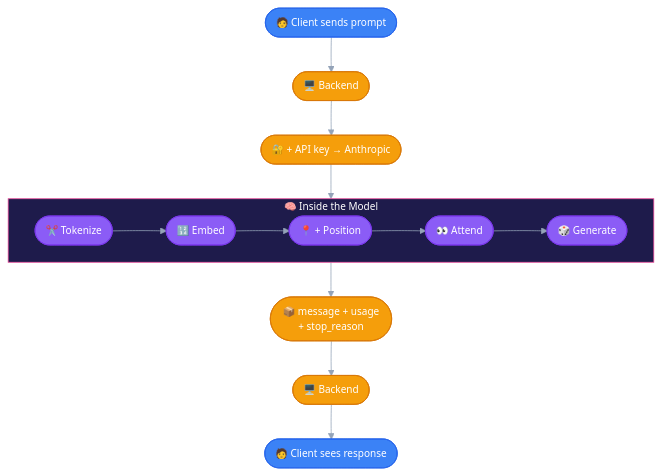
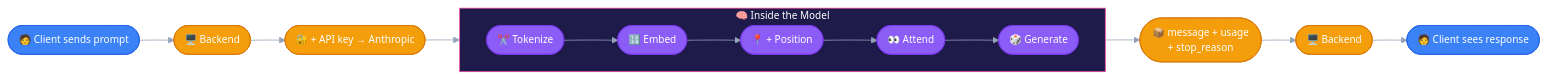
The fifth of 5 diagrams in _02_building_with_claude_api/01_accessing_the_api.md (manthan-joshi-ai/claude-llm), drawn with Mermaid before and after one commit. The commit also changed 1 other file, not shown here.

Commit message:
Repo-wide Mermaid syntax audit: fix a real direction mismatch, normalize labels
Checked all 35 mermaid blocks across 13 markdown files for: literal
triple-backticks breaking the outer fence, unquoted edge labels with
special characters, subgraph/end balance, undefined classDef
references, and outer-vs-inner flowchart direction mismatches.

- 01_accessing_the_api.md: fixed a real risk -- the "Full Relay" diagram
  had an outer TB flow with an edge crossing into/out of a subgraph
  running inner LR (the same class of bug that caused visible
  misalignment in a sibling project). Made the whole diagram
  consistently LR.
- 01_how_claude_code_works.md: normalized two unquoted comma-containing
  pipe-edge labels to the quoted form used everywhere else in the repo.
- Reviewed remaining direction "mismatches" (04_claude_md.md's two
  independent side-by-side subgraphs, 03_context_management.md's
  single self-contained subgraph) and confirmed they're safe --  no
  edges cross a direction boundary in either case, so no fix needed.

````diff
--- a/_02_building_with_claude_api/01_accessing_the_api.md
+++ b/_02_building_with_claude_api/01_accessing_the_api.md
@@ -219,27 +219,27 @@
 ```mermaid
 %%{init: {"theme": "base", "themeVariables": {"primaryColor": "#8B5CF6", "primaryTextColor": "#ffffff", "primaryBorderColor": "#7C3AED", "lineColor": "#94A3B8", "fontFamily": "Segoe UI, sans-serif", "fontSize": "13px"}, "flowchart": {"htmlLabels": true, "padding": 18, "nodeSpacing": 25, "rankSpacing": 45}}}%%
-flowchart TB
+flowchart LR
     C1(["🧑 Client sends prompt"]) --> B1(["🖥️ Backend"])
     B1 --> A1(["🔐 + API key → Anthropic"])
 
     subgraph Inside["🧠 Inside the Model"]
         direction LR
         T(["✂️ Tokenize"]) --> E(["🔢 Embed"]) --> P(["📍 + Position"]) --> S(["👀 Attend"]) --> G(["🎲 Generate"])
     end
 
     A1 --> Inside
     Inside --> A2(["📦 message + usage<br/>+ stop_reason"])
     A2 --> B2(["🖥️ Backend"])
     B2 --> C2(["🧑 Client sees response"])
 
     classDef client fill:#3B82F6,stroke:#2563EB,color:#ffffff
     classDef backend fill:#F59E0B,stroke:#D97706,color:#ffffff
     classDef model fill:#8B5CF6,stroke:#7C3AED,color:#ffffff
     class C1 client
     class C2 client
     class B1 backend
     class B2 backend
     class A1 backend
     class A2 backend
     style Inside fill:#1E1B4B,stroke:#EC4899,color:#ffffff
 ```
````
